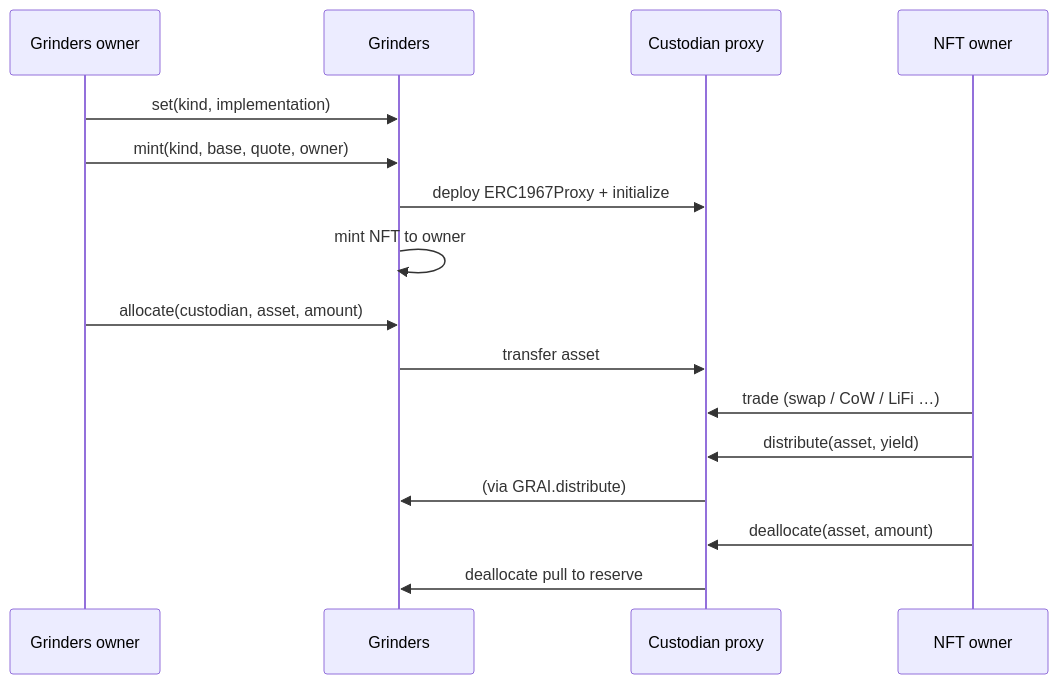
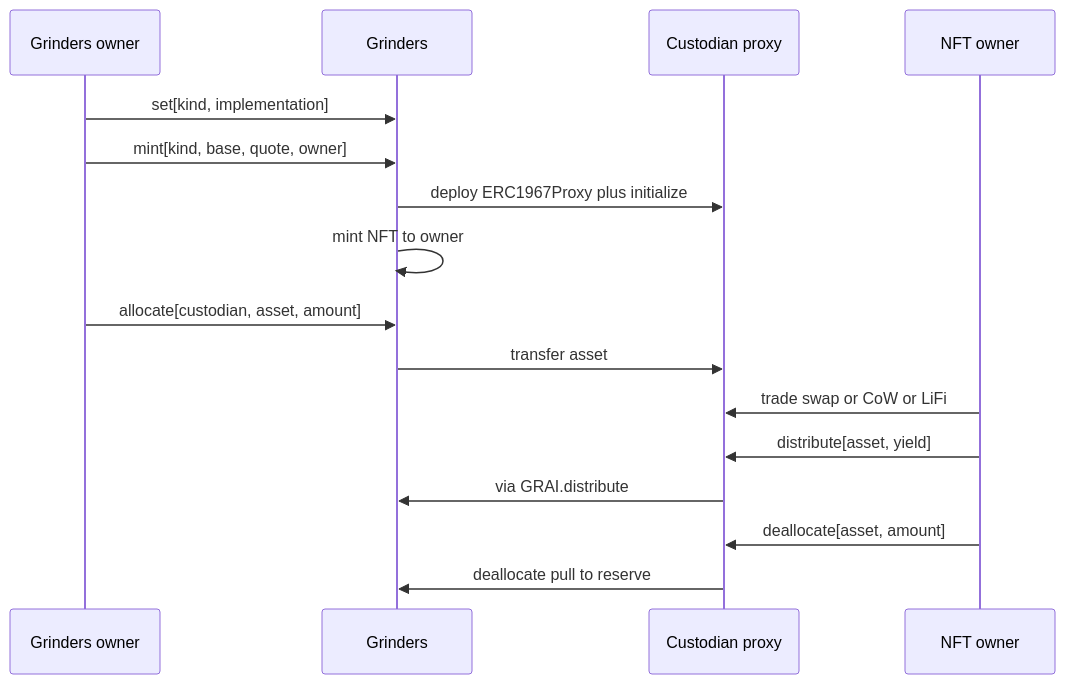
The diagram in docs/GRINDERS.md (grindurus/grindurus-evm), drawn with Mermaid before and after one commit.

Commit message:
no changes

````diff
--- a/docs/GRINDERS.md
+++ b/docs/GRINDERS.md
@@ -99,19 +99,19 @@
 ```mermaid
 sequenceDiagram
     participant O as Grinders owner
     participant G as Grinders
     participant C as Custodian proxy
     participant N as NFT owner
 
-    O->>G: set(kind, implementation)
-    O->>G: mint(kind, base, quote, owner)
-    G->>C: deploy ERC1967Proxy + initialize
+    O->>G: set[kind, implementation]
+    O->>G: mint[kind, base, quote, owner]
+    G->>C: deploy ERC1967Proxy plus initialize
     G->>G: mint NFT to owner
-    O->>G: allocate(custodian, asset, amount)
+    O->>G: allocate[custodian, asset, amount]
     G->>C: transfer asset
-    N->>C: trade (swap / CoW / LiFi …)
-    N->>C: distribute(asset, yield)
-    C->>G: (via GRAI.distribute)
-    N->>C: deallocate(asset, amount)
+    N->>C: trade swap or CoW or LiFi
+    N->>C: distribute[asset, yield]
+    C->>G: via GRAI.distribute
+    N->>C: deallocate[asset, amount]
     C->>G: deallocate pull to reserve
 ```
````
